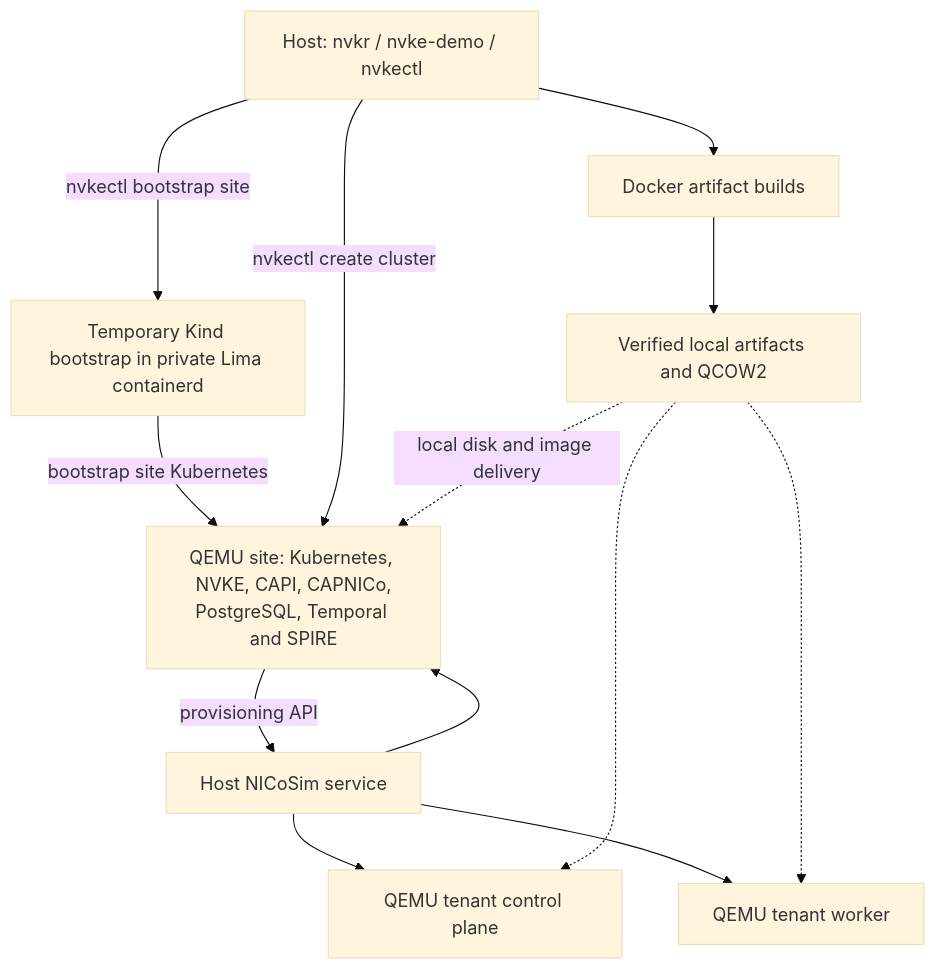
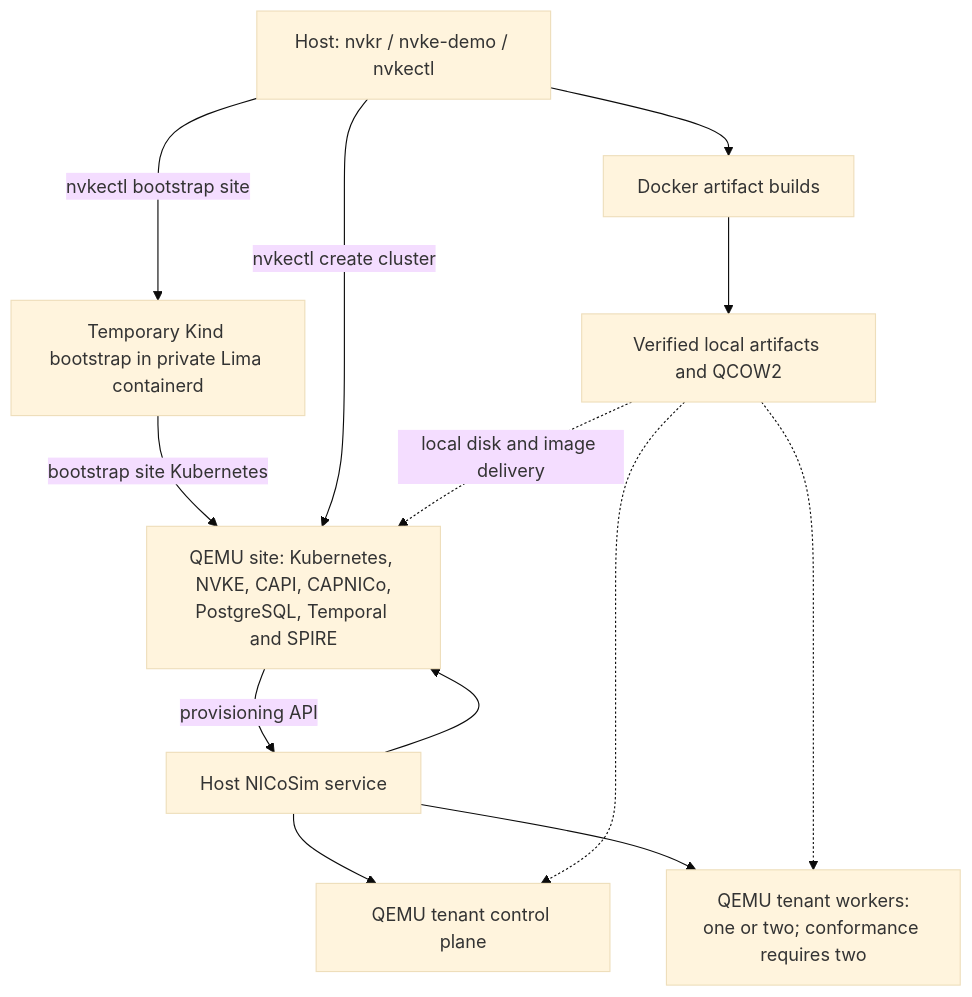
One commit to Lazzer64/nvkr changed the diagram in docs/local-nvke-demo.md. Above: the diagram before and after it, drawn with Mermaid (base theme). The commit also changed other lines of this file and 317 other files, not shown here.

````diff
--- a/docs/local-nvke-demo.md
+++ b/docs/local-nvke-demo.md
@@ -11,22 +14,22 @@
 ```mermaid
 flowchart TD
   CLI["Host: nvkr / nvke-demo / nvkectl"]
   BUILD["Docker artifact builds"]
   FILES["Verified local artifacts and QCOW2"]
   KIND["Temporary Kind bootstrap in private Lima containerd"]
   SIM["Host NICoSim service"]
   SITE["QEMU site: Kubernetes, NVKE, CAPI, CAPNICo,<br/>PostgreSQL, Temporal and SPIRE"]
   CP["QEMU tenant control plane"]
-  WORKER["QEMU tenant worker"]
+  WORKER["QEMU tenant workers:<br/>one or two; conformance requires two"]
   CLI --> BUILD --> FILES
   CLI -->|"nvkectl bootstrap site"| KIND
   KIND -->|"bootstrap site Kubernetes"| SITE
   CLI -->|"nvkectl create cluster"| SITE
   SITE -->|"provisioning API"| SIM
   SIM --> SITE
   SIM --> CP
   SIM --> WORKER
   FILES -.->|"local disk and image delivery"| SITE
   FILES -.-> CP
   FILES -.-> WORKER
 ```
````
